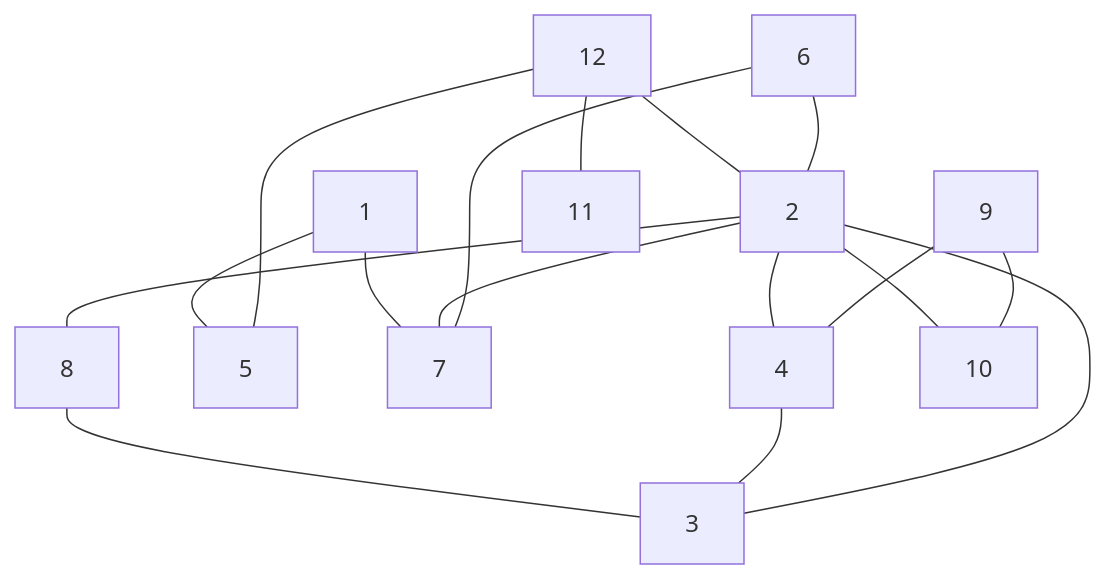
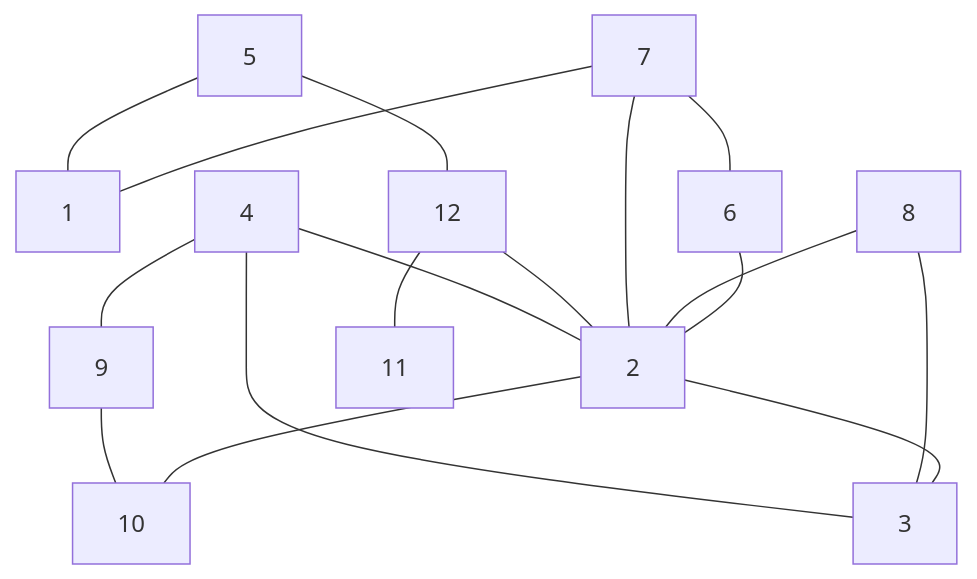
One commit to antononcube/Raku-Graph changed the diagram in README.md. Above: the diagram before and after it, drawn with Mermaid. The commit also changed other lines of this file and 1 other file, not shown here.

Commit message:
docs:Marked TODO items.

````diff
--- a/README.md
+++ b/README.md
@@ -146,19 +146,19 @@
 ```mermaid
 graph TD
-9 --- 10
-9 --- 4
-6 --- 7
-6 --- 2
-12 --- 5
+4 --- 3
+4 --- 2
+4 --- 9
+5 --- 1
+5 --- 12
 12 --- 2
 12 --- 11
-2 --- 4
+7 --- 2
+7 --- 6
+7 --- 1
+9 --- 10
+8 --- 2
+8 --- 3
+6 --- 2
+2 --- 3
 2 --- 10
-2 --- 8
-2 --- 7
-2 --- 3
-1 --- 7
-1 --- 5
-4 --- 3
-8 --- 3
 ```
````
